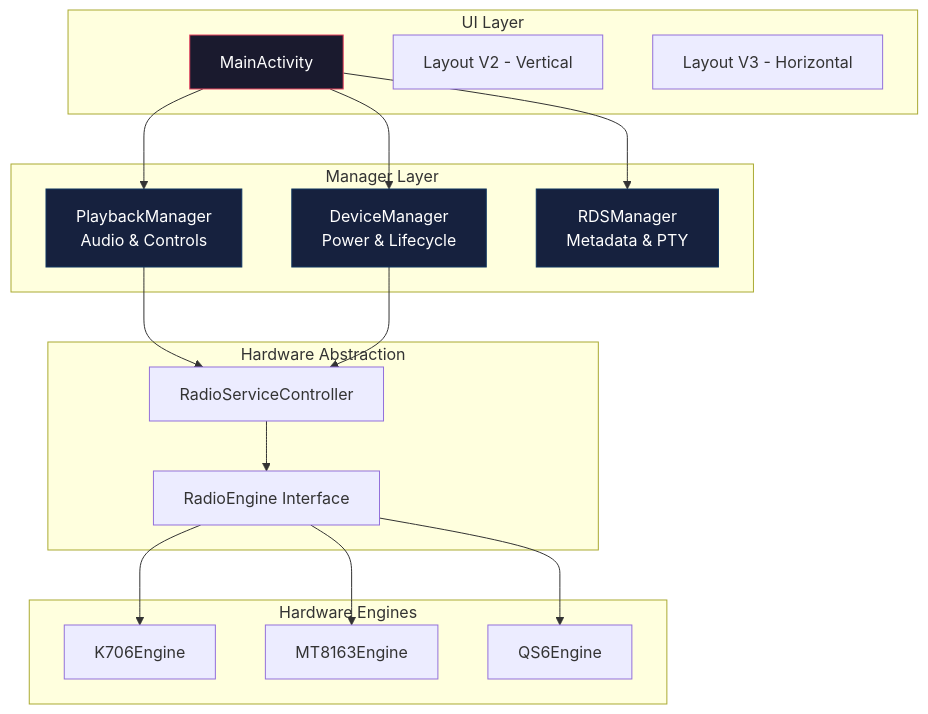
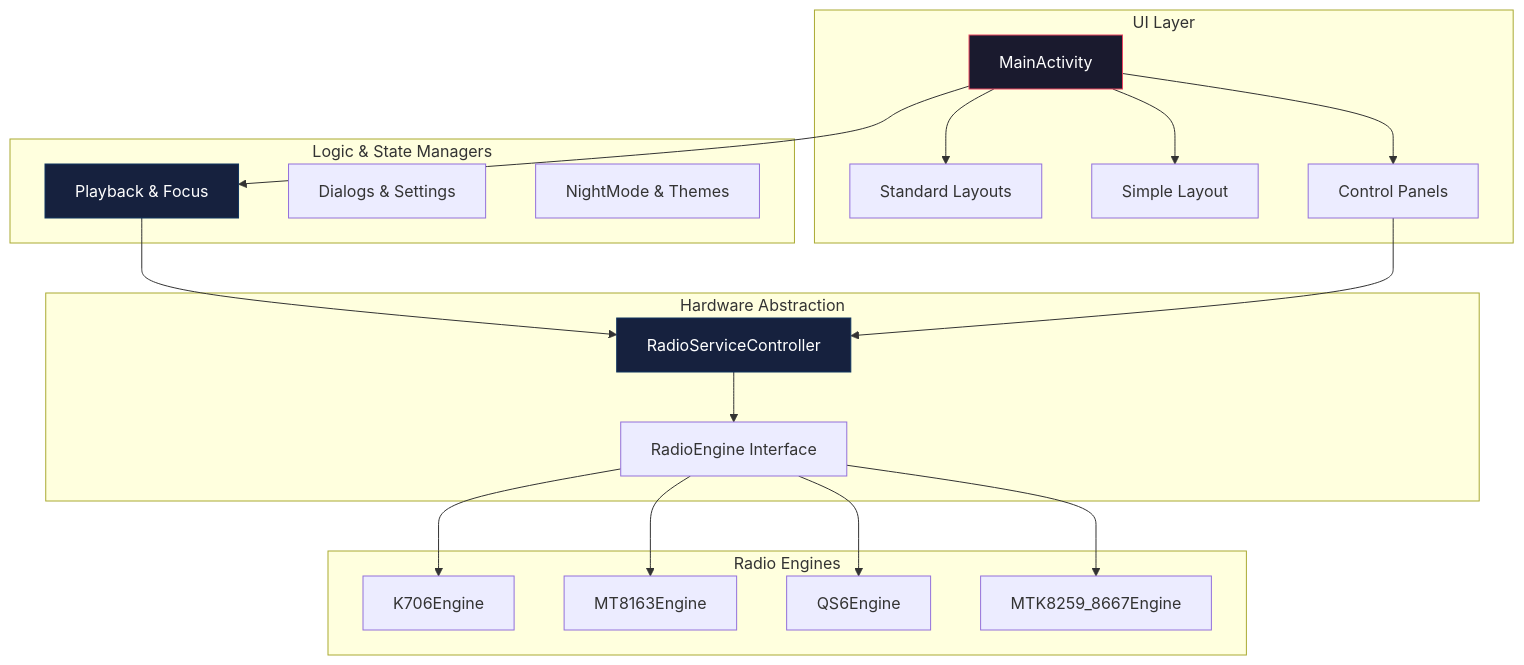
The diagram in README.md (kapi21/OpenRadioFM), drawn with Mermaid before and after one commit. The commit also changed other lines of this file and 3 other files, not shown here.

Commit message:
Fix: Night mode stuck issue & Update README architecture and assets

````diff
--- a/README.md
+++ b/README.md
@@ -51,40 +56,43 @@
 ```mermaid
 graph TB
     subgraph "UI Layer"
         MA[MainActivity]
-        L2[Layout V2 - Vertical]
-        L3[Layout V3 - Horizontal]
+        STM[Standard Layouts]
+        SLM[Simple Layout]
+        CPM[Control Panels]
     end
 
-    subgraph "Manager Layer"
-        PM[PlaybackManager<br/>Audio & Controls]
-        DM[DeviceManager<br/>Power & Lifecycle]
-        RM[RDSManager<br/>Metadata & PTY]
+    subgraph "Logic & State Managers"
+        PM[Playback & Focus]
+        DM[Dialogs & Settings]
+        NM[NightMode & Themes]
     end
 
     subgraph "Hardware Abstraction"
         RS[RadioServiceController]
         RE[RadioEngine Interface]
     end
 
-    subgraph "Hardware Engines"
+    subgraph "Radio Engines"
         K706[K706Engine]
         MT[MT8163Engine]
         QS[QS6Engine]
+        MTK[MTK8259_8667Engine]
     end
 
+    MA --> STM
+    MA --> SLM
+    MA --> CPM
     MA --> PM
-    MA --> DM
-    MA --> RM
     PM --> RS
-    DM --> RS
+    CPM --> RS
     RS --> RE
     RE --> K706
     RE --> MT
     RE --> QS
+    RE --> MTK
 
     style MA fill:#1a1a2e,stroke:#e94560,color:#fff
     style PM fill:#16213e,stroke:#0f3460,color:#fff
-    style DM fill:#16213e,stroke:#0f3460,color:#fff
-    style RM fill:#16213e,stroke:#0f3460,color:#fff
+    style RS fill:#16213e,stroke:#0f3460,color:#fff
 ```
````
